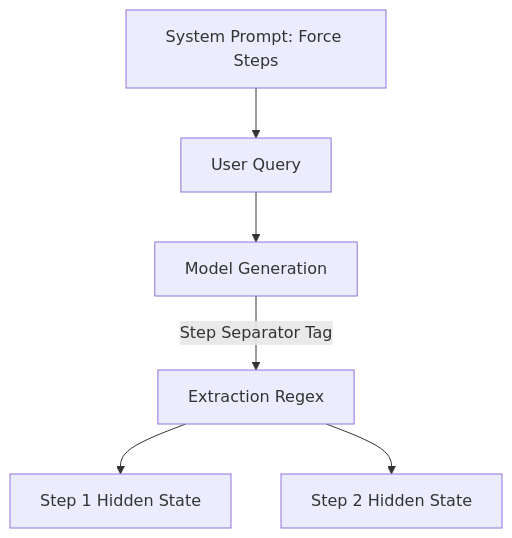
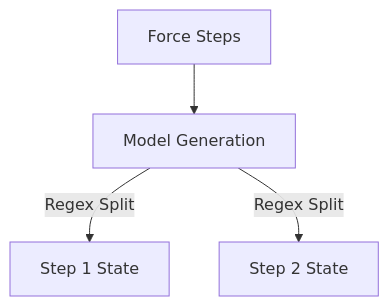
One commit to bhattadiCS/research-thesis-overthinking-boundary changed the eighth of 10 diagrams in ThesisDocs/July_16_Progress.md. Above: the diagram before and after it, drawn with Mermaid. The commit also changed other lines of this file and 2 other files, not shown here.

````diff
--- a/ThesisDocs/July_16_Progress.md
+++ b/ThesisDocs/July_16_Progress.md
@@ -215,8 +124,4 @@
   ```mermaid
   graph TD
-      Prompt[System Prompt: Force Steps] --> Query[User Query]
-      Query --> Response[Model Generation]
-      Response -->|Step Separator Tag| Parser[Extraction Regex]
-      Parser --> S1[Step 1 Hidden State]
-      Parser --> S2[Step 2 Hidden State]
+      Prompt[Force Steps] --> Response[Model Generation] -->|Regex Split| S1[Step 1 State] & S2[Step 2 State]
   ```
````
